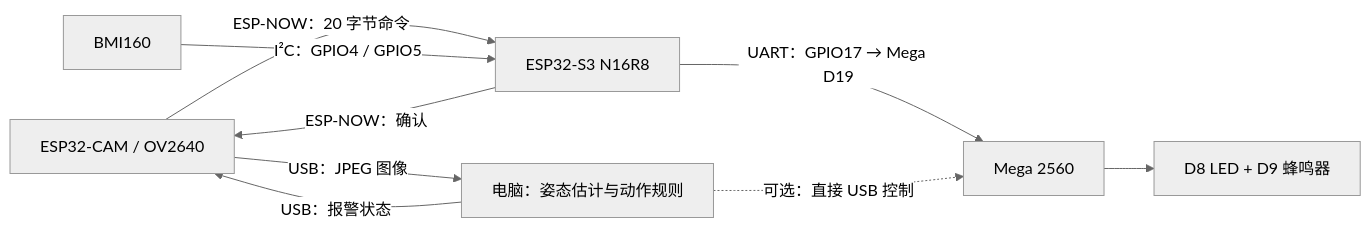
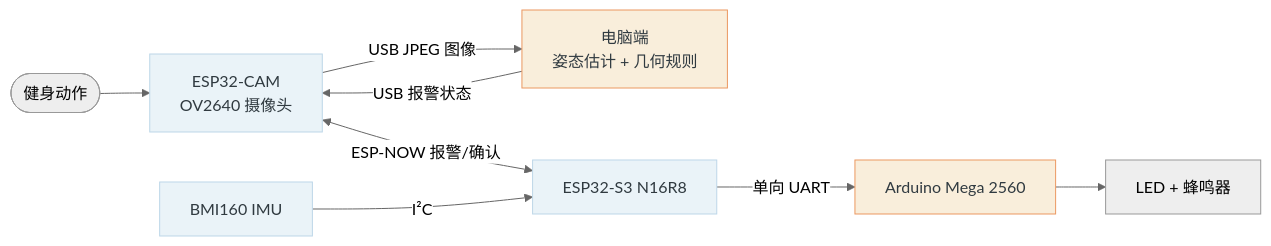
One commit to Steven-ZYC/int4089-fitness-aid-bot changed the diagram in README_zh_cn.md. Above: the diagram before and after it, drawn with Mermaid (neutral theme). The commit also changed other lines of this file and 4 other files, not shown here.

````diff
--- a/README_zh_cn.md
+++ b/README_zh_cn.md
@@ -32,11 +67,14 @@
 ```mermaid
 flowchart LR
-    CAM["ESP32-CAM / OV2640"] -->|"USB：JPEG 图像"| PC["电脑：姿态估计与动作规则"]
-    PC -->|"USB：报警状态"| CAM
-    CAM -->|"ESP-NOW：20 字节命令"| S3["ESP32-S3 N16R8"]
-    S3 -->|"ESP-NOW：确认"| CAM
-    IMU["BMI160"] -->|"I²C：GPIO4 / GPIO5"| S3
-    S3 -->|"UART：GPIO17 → Mega D19"| MEGA["Mega 2560"]
-    PC -. "可选：直接 USB 控制" .-> MEGA
-    MEGA --> OUT["D8 LED + D9 蜂鸣器"]
+    U([健身动作]) --> CAM[ESP32-CAM<br/>OV2640 摄像头]
+    CAM -->|USB JPEG 图像| PC[电脑端<br/>姿态估计 + 几何规则]
+    PC -->|USB 报警状态| CAM
+    CAM <-->|ESP-NOW 报警/确认| S3[ESP32-S3 N16R8]
+    IMU[BMI160 IMU] -->|I²C| S3
+    S3 -->|单向 UART| MEGA[Arduino Mega 2560]
+    MEGA --> LED[LED + 蜂鸣器]
+    classDef compute fill:#f9eedb,stroke:#eb9861,color:#303a40;
+    classDef sensor fill:#eaf3f8,stroke:#bdd6e8,color:#303a40;
+    class PC,MEGA compute;
+    class CAM,S3,IMU sensor;
 ```
````
